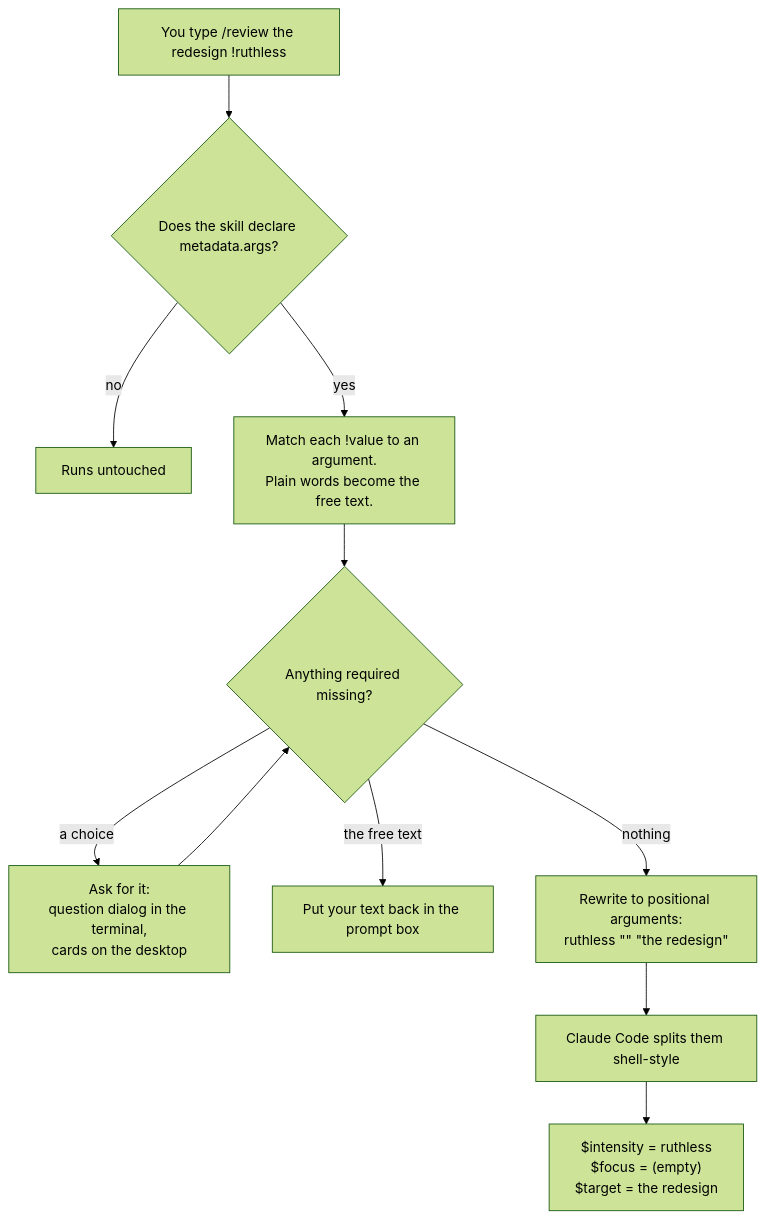
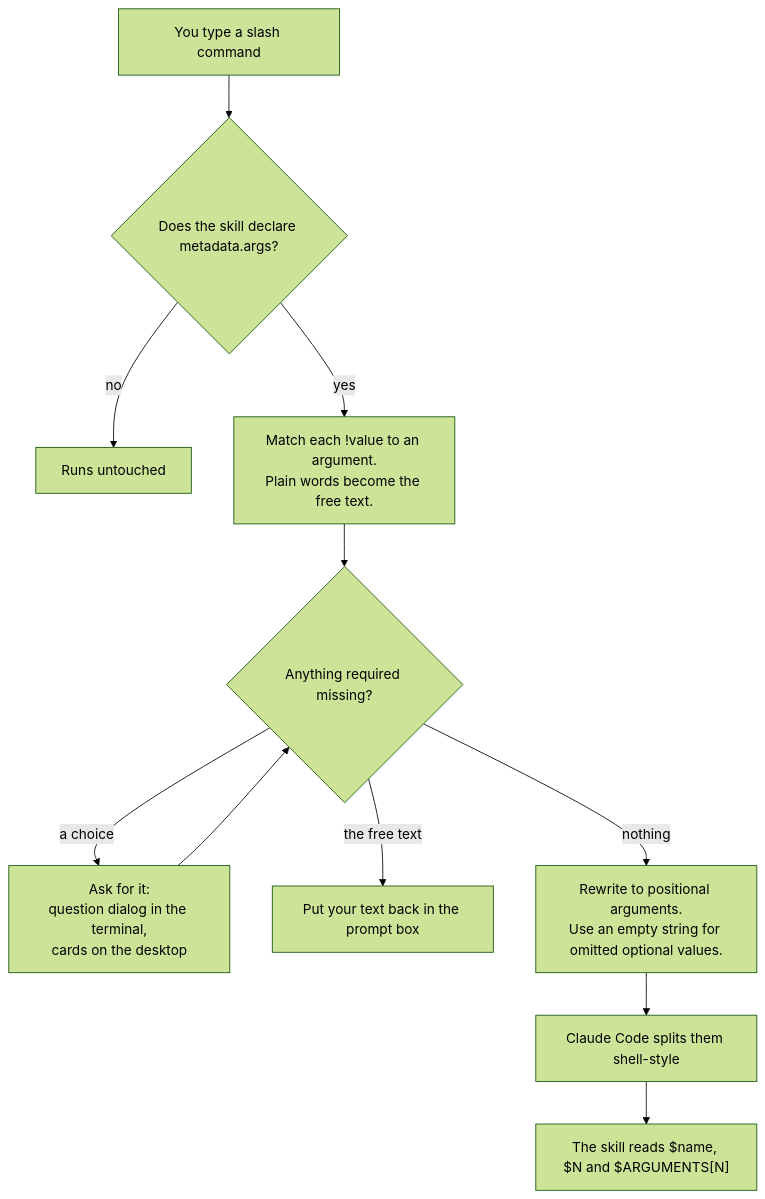
The diagram in README.md (lfb0801/claude-skill-args), drawn with Mermaid (forest theme) before and after one commit. The commit also changed other lines of this file, not shown here.

````diff
--- a/README.md
+++ b/README.md
@@ -126,13 +215,13 @@
 ```mermaid
 flowchart TD
-    A["You type /review the redesign !ruthless"] --> B{"Does the skill declare metadata.args?"}
+    A["You type a slash command"] --> B{"Does the skill declare metadata.args?"}
     B -- no --> Z["Runs untouched"]
     B -- yes --> C["Match each !value to an argument.<br/>Plain words become the free text."]
     C --> D{"Anything required missing?"}
     D -- "a choice" --> E["Ask for it:<br/>question dialog in the terminal,<br/>cards on the desktop"]
     E --> D
     D -- "the free text" --> F["Put your text back in the prompt box"]
-    D -- "nothing" --> G["Rewrite to positional arguments:<br/>ruthless #quot;#quot; #quot;the redesign#quot;"]
+    D -- "nothing" --> G["Rewrite to positional arguments.<br/>Use an empty string for omitted optional values."]
     G --> H["Claude Code splits them shell-style"]
-    H --> I["$intensity = ruthless<br/>$focus = (empty)<br/>$target = the redesign"]
+    H --> I["The skill reads $name, $N and $ARGUMENTS[N]"]
 ```
````
